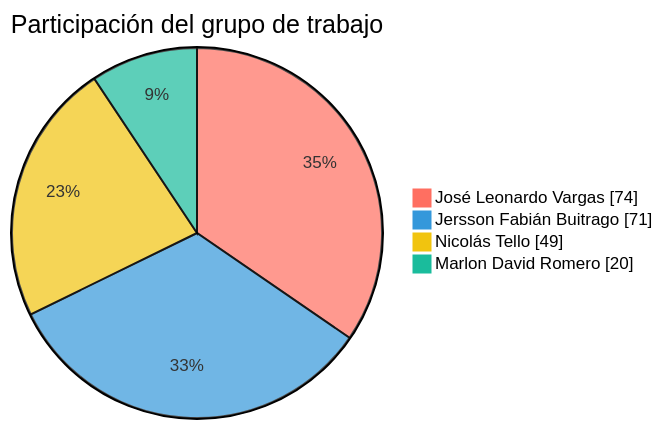
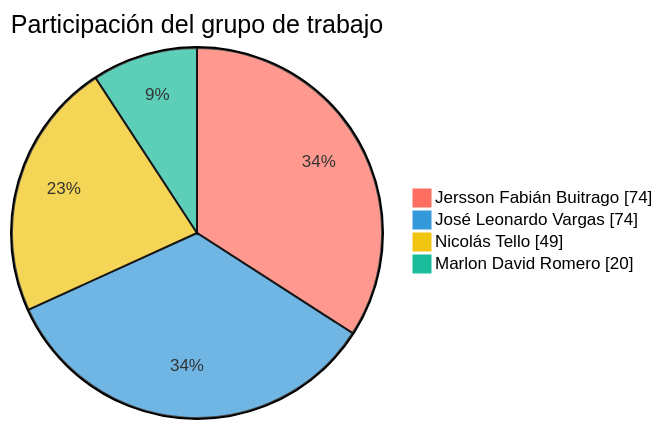
One commit to FarmaExpres/FarmaExpres changed the first of 2 diagrams in README.md. Above: the diagram before and after it, drawn with Mermaid. The commit also changed other lines of this file and 1 other file, not shown here.

````diff
--- a/README.md
+++ b/README.md
@@ -389,9 +389,9 @@
 ```mermaid
 %%{init: {"themeVariables": {"pie1": "#ff6f61", "pie2": "#3498db", "pie3": "#f1c40f", "pie4": "#1abc9c", "pieLabelColor": "#000000", "pieLabelFontSize": "24px", "pieLabelFontWeight": "700"}}}%%
 pie showData
     title Participación del grupo de trabajo
+    "Jersson Fabián Buitrago" : 74
     "José Leonardo Vargas" : 74
-    "Jersson Fabián Buitrago" : 71
     "Nicolás Tello" : 49
     "Marlon David Romero" : 20
 ```
````
